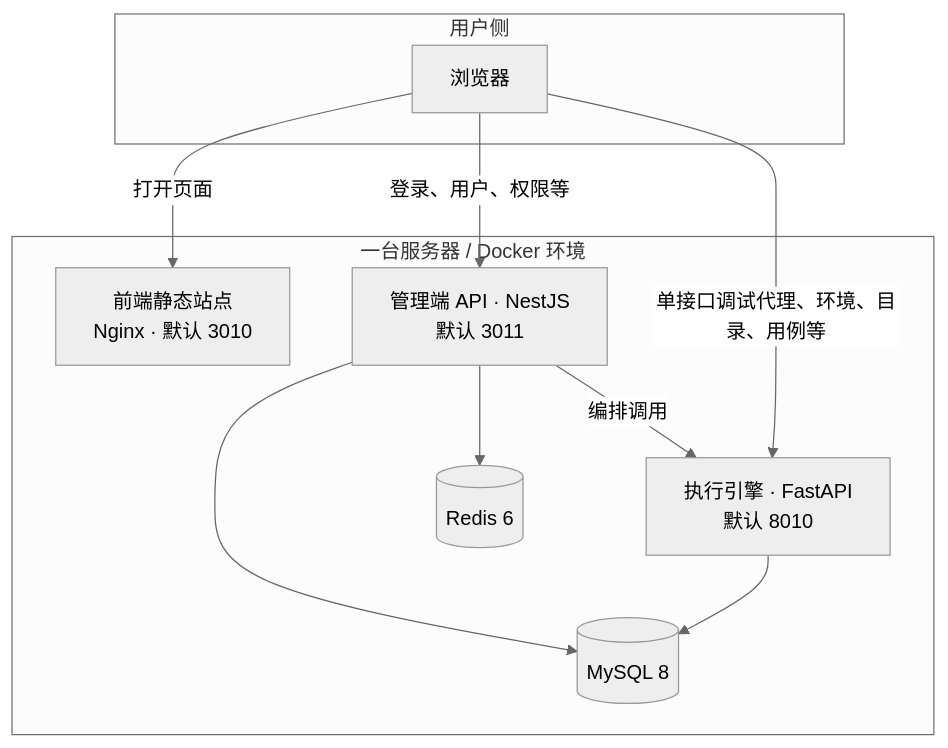
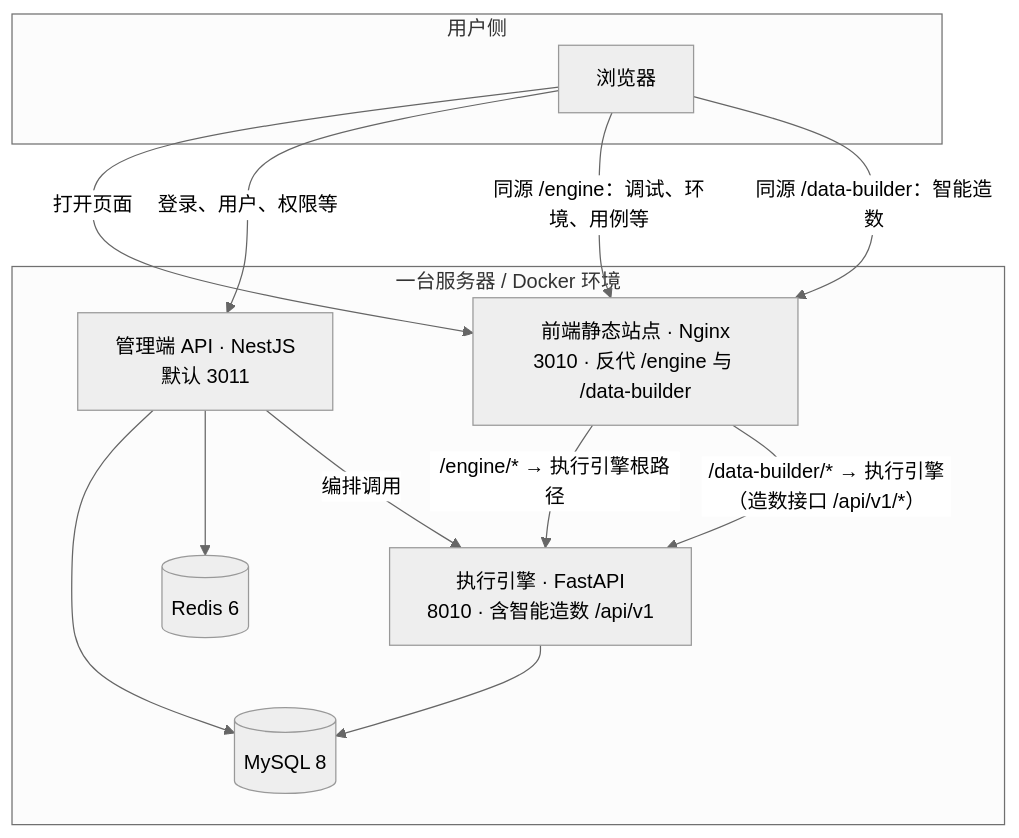
The first of 2 diagrams in README.md (L-ft/AI_Project), drawn with Mermaid (neutral theme) before and after one commit. The commit also changed other lines of this file and 194 other files, not shown here.

````diff
--- a/README.md
+++ b/README.md
@@ -11,22 +11,25 @@
 ```mermaid
 flowchart TB
   subgraph Client[用户侧]
     B[浏览器]
   end
 
   subgraph Server[一台服务器 / Docker 环境]
-    FE[前端静态站点<br/>Nginx · 默认 3010]
+    FE[前端静态站点 · Nginx<br/>3010 · 反代 /engine 与 /data-builder]
     API[管理端 API · NestJS<br/>默认 3011]
-    ENG[执行引擎 · FastAPI<br/>默认 8010]
+    ENG[执行引擎 · FastAPI<br/>8010 · 含智能造数 /api/v1]
     DB[(MySQL 8)]
     RD[(Redis 6)]
   end
 
   B -->|打开页面| FE
   B -->|登录、用户、权限等| API
-  B -->|单接口调试代理、环境、目录、用例等| ENG
+  B -->|同源 /engine：调试、环境、用例等| FE
+  B -->|同源 /data-builder：智能造数| FE
+  FE -->|/engine/* → 执行引擎根路径| ENG
+  FE -->|/data-builder/* → 执行引擎（造数接口 /api/v1/*）| ENG
   API --> DB
   API --> RD
   API -->|编排调用| ENG
   ENG --> DB
 ```
````
